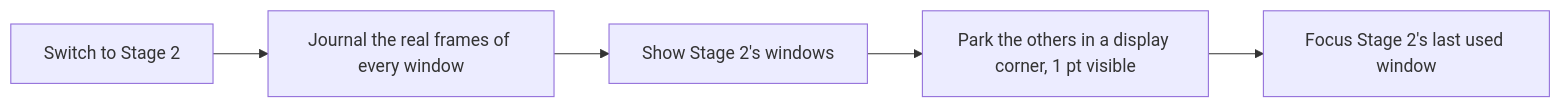
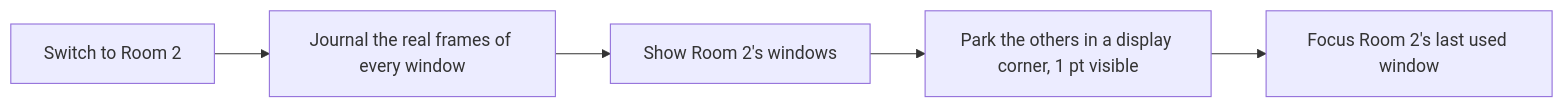
Before and after one commit to SubaashNair/tatami: the third of 3 diagrams in README.md, drawn with Mermaid. The commit also changed other lines of this file and 24 other files, not shown here.

````diff
--- a/README.md
+++ b/README.md
@@ -161,7 +161,7 @@
 ```mermaid
 flowchart LR
-    A["Switch to Stage 2"] --> B["Journal the real frames of every window"]
-    B --> C["Show Stage 2's windows"]
+    A["Switch to Room 2"] --> B["Journal the real frames of every window"]
+    B --> C["Show Room 2's windows"]
     C --> D["Park the others in a display corner, 1 pt visible"]
-    D --> E["Focus Stage 2's last used window"]
+    D --> E["Focus Room 2's last used window"]
 ```
````
